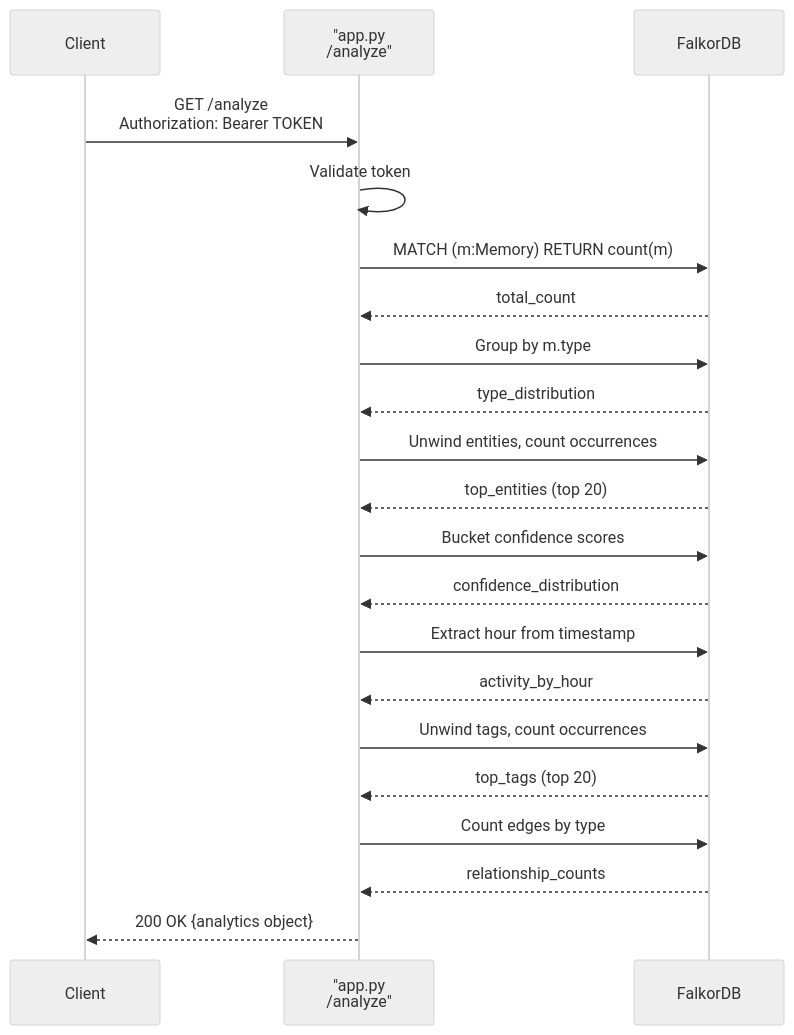
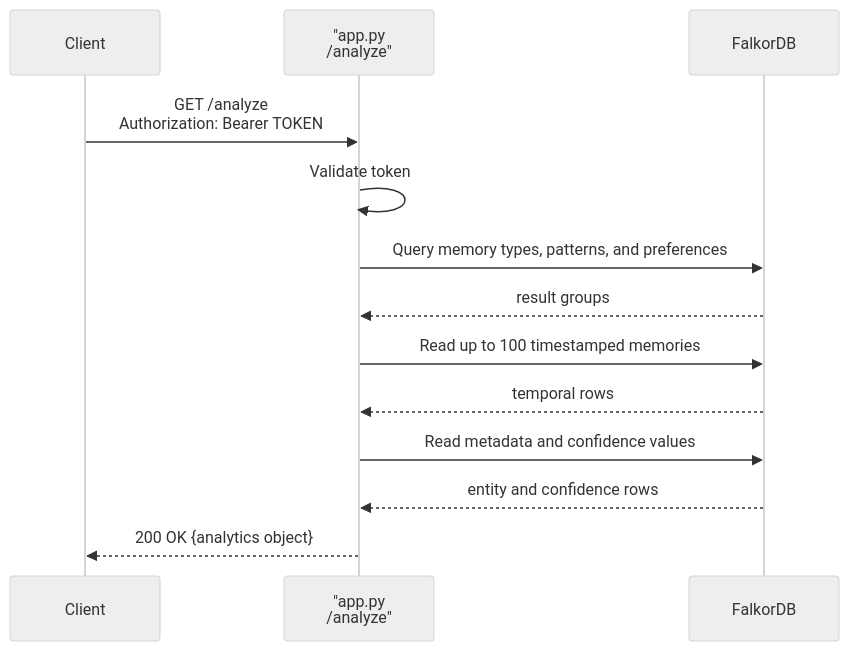
The third of 6 diagrams in src/content/docs/docs/operations/health.md (verygoodplugins/automem-website), drawn with Mermaid (neutral theme) before and after one commit. The commit also changed other lines of this file and 1 other file, not shown here.

````diff
--- a/src/content/docs/docs/operations/health.md
+++ b/src/content/docs/docs/operations/health.md
@@ -269,33 +268,21 @@
 ```mermaid
 sequenceDiagram
     participant Client
     participant API as "app.py<br/>/analyze"
     participant FalkorDB
 
     Client->>API: GET /analyze<br/>Authorization: Bearer TOKEN
 
     API->>API: Validate token
 
-    API->>FalkorDB: MATCH (m:Memory) RETURN count(m)
-    FalkorDB-->>API: total_count
+    API->>FalkorDB: Query memory types, patterns, and preferences
+    FalkorDB-->>API: result groups
 
-    API->>FalkorDB: Group by m.type
-    FalkorDB-->>API: type_distribution
+    API->>FalkorDB: Read up to 100 timestamped memories
+    FalkorDB-->>API: temporal rows
 
-    API->>FalkorDB: Unwind entities, count occurrences
-    FalkorDB-->>API: top_entities (top 20)
-
-    API->>FalkorDB: Bucket confidence scores
-    FalkorDB-->>API: confidence_distribution
-
-    API->>FalkorDB: Extract hour from timestamp
-    FalkorDB-->>API: activity_by_hour
-
-    API->>FalkorDB: Unwind tags, count occurrences
-    FalkorDB-->>API: top_tags (top 20)
-
-    API->>FalkorDB: Count edges by type
-    FalkorDB-->>API: relationship_counts
+    API->>FalkorDB: Read metadata and confidence values
+    FalkorDB-->>API: entity and confidence rows
 
     API-->>Client: 200 OK {analytics object}
 ```
````
